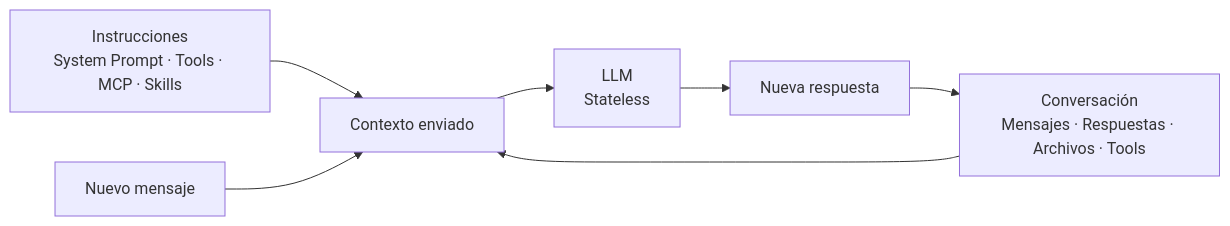
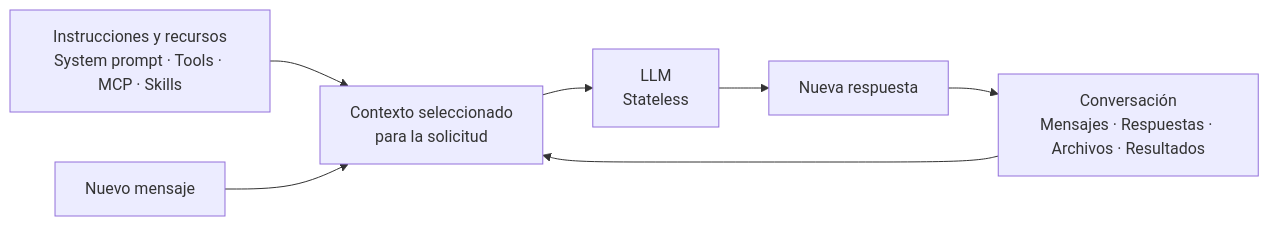
The diagram in 05_opencode-context.md (MLahuasi/opencode-info), drawn with Mermaid before and after one commit. The commit also changed other lines of this file, not shown here.

````diff
--- a/05_opencode-context.md
+++ b/05_opencode-context.md
@@ -68,16 +53,16 @@
 ```mermaid
 flowchart LR
-    A["Instrucciones<br/>System Prompt · Tools · MCP · Skills"]
-    B["Conversación<br/>Mensajes · Respuestas · Archivos · Tools"]
+    A["Instrucciones y recursos<br/>System prompt · Tools · MCP · Skills"]
+    B["Conversación<br/>Mensajes · Respuestas · Archivos · Resultados"]
     C["Nuevo mensaje"]
-    D["Contexto enviado"]
+    D["Contexto seleccionado<br/>para la solicitud"]
     E["LLM<br/>Stateless"]
     F["Nueva respuesta"]
 
     A --> D
     B --> D
     C --> D
     D --> E
     E --> F
     F --> B
 ```
````
